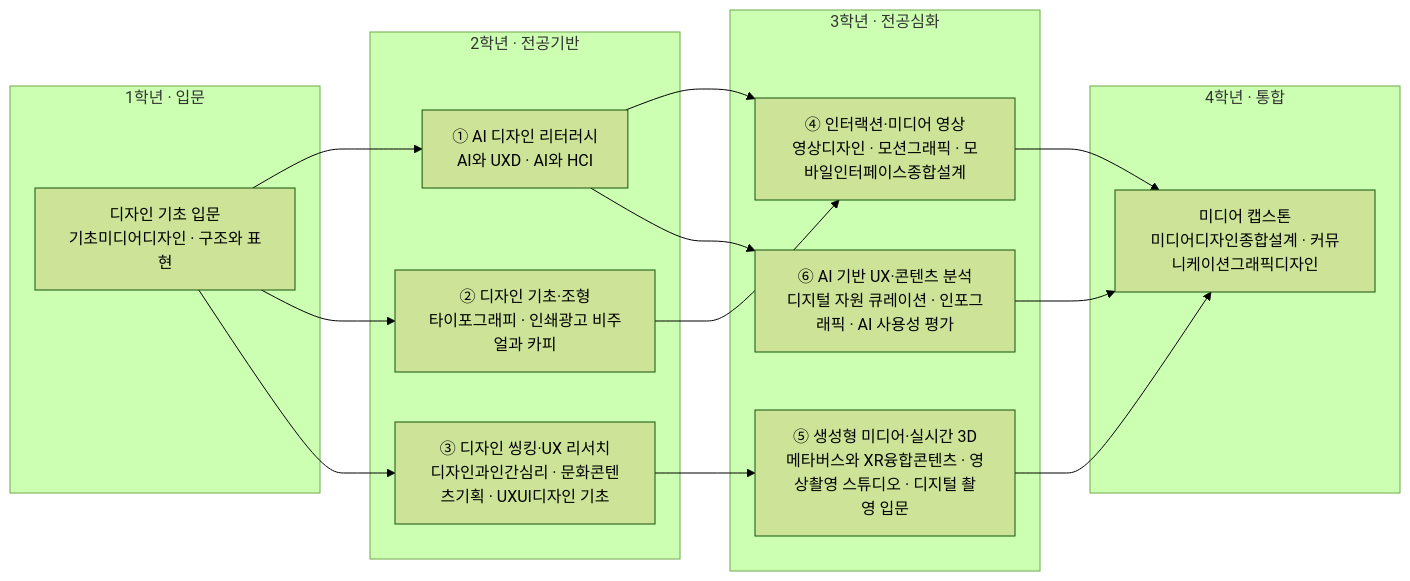
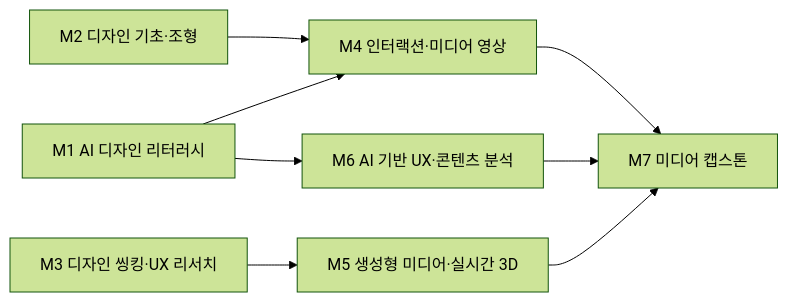
Before and after one commit to parclab-hsu/ai-curriculum-2026: the diagram in docs/design/media-design.md, drawn with Mermaid (forest theme). The commit also changed other lines of this file and 22 other files, not shown here.

````diff
--- a/docs/design/media-design.md
+++ b/docs/design/media-design.md
@@ -108,29 +120,10 @@
 ```mermaid
 flowchart LR
-  subgraph Y1["1학년 · 입문"]
-    A0["디자인 기초 입문<br/>기초미디어디자인 · 구조와 표현"]
-  end
-  subgraph Y2["2학년 · 전공기반"]
-    M1["① AI 디자인 리터러시<br/>AI와 UXD · AI와 HCI"]
-    M2["② 디자인 기초·조형<br/>타이포그래피 · 인쇄광고 비주얼과 카피"]
-    M3["③ 디자인 씽킹·UX 리서치<br/>디자인과인간심리 · 문화콘텐츠기획 · UXUI디자인 기초"]
-  end
-  subgraph Y3["3학년 · 전공심화"]
-    M4["④ 인터랙션·미디어 영상<br/>영상디자인 · 모션그래픽 · 모바일인터페이스종합설계"]
-    M5["⑤ 생성형 미디어·실시간 3D<br/>메타버스와 XR융합콘텐츠 · 영상촬영 스튜디오 · 디지털 촬영 입문"]
-    M6["⑥ AI 기반 UX·콘텐츠 분석<br/>디지털 자원 큐레이션 · 인포그래픽 · AI 사용성 평가"]
-  end
-  subgraph Y4["4학년 · 통합"]
-    CAP["미디어 캡스톤<br/>미디어디자인종합설계 · 커뮤니케이션그래픽디자인"]
-  end
-  A0 --> M1
-  A0 --> M2
-  A0 --> M3
-  M1 --> M4
-  M2 --> M4
-  M3 --> M5
-  M1 --> M6
-  M4 --> CAP
+  M1["M1 AI 디자인 리터러시"] --> M4["M4 인터랙션·미디어 영상"]
+  M2["M2 디자인 기초·조형"] --> M4
+  M3["M3 디자인 씽킹·UX 리서치"] --> M5["M5 생성형 미디어·실시간 3D"]
+  M1 --> M6["M6 AI 기반 UX·콘텐츠 분석"]
+  M4 --> CAP["M7 미디어 캡스톤"]
   M5 --> CAP
   M6 --> CAP
 ```
````
